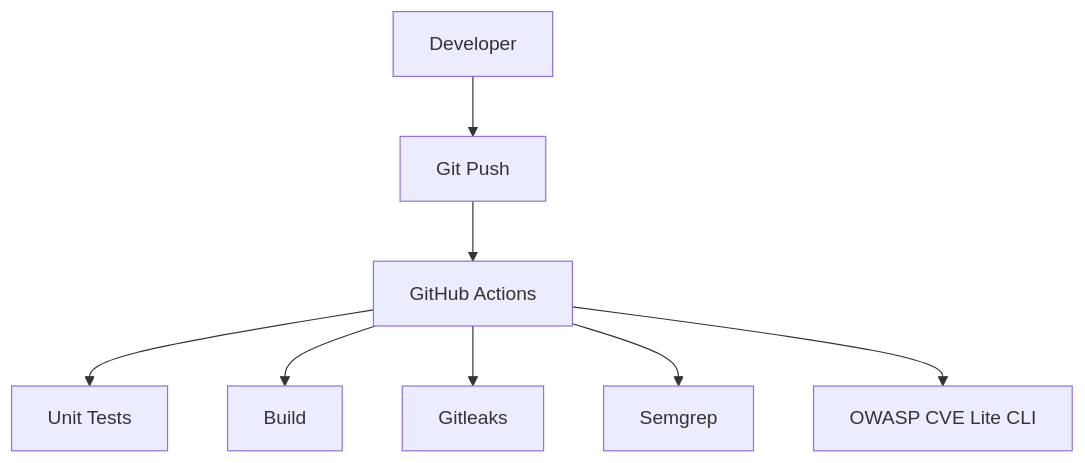
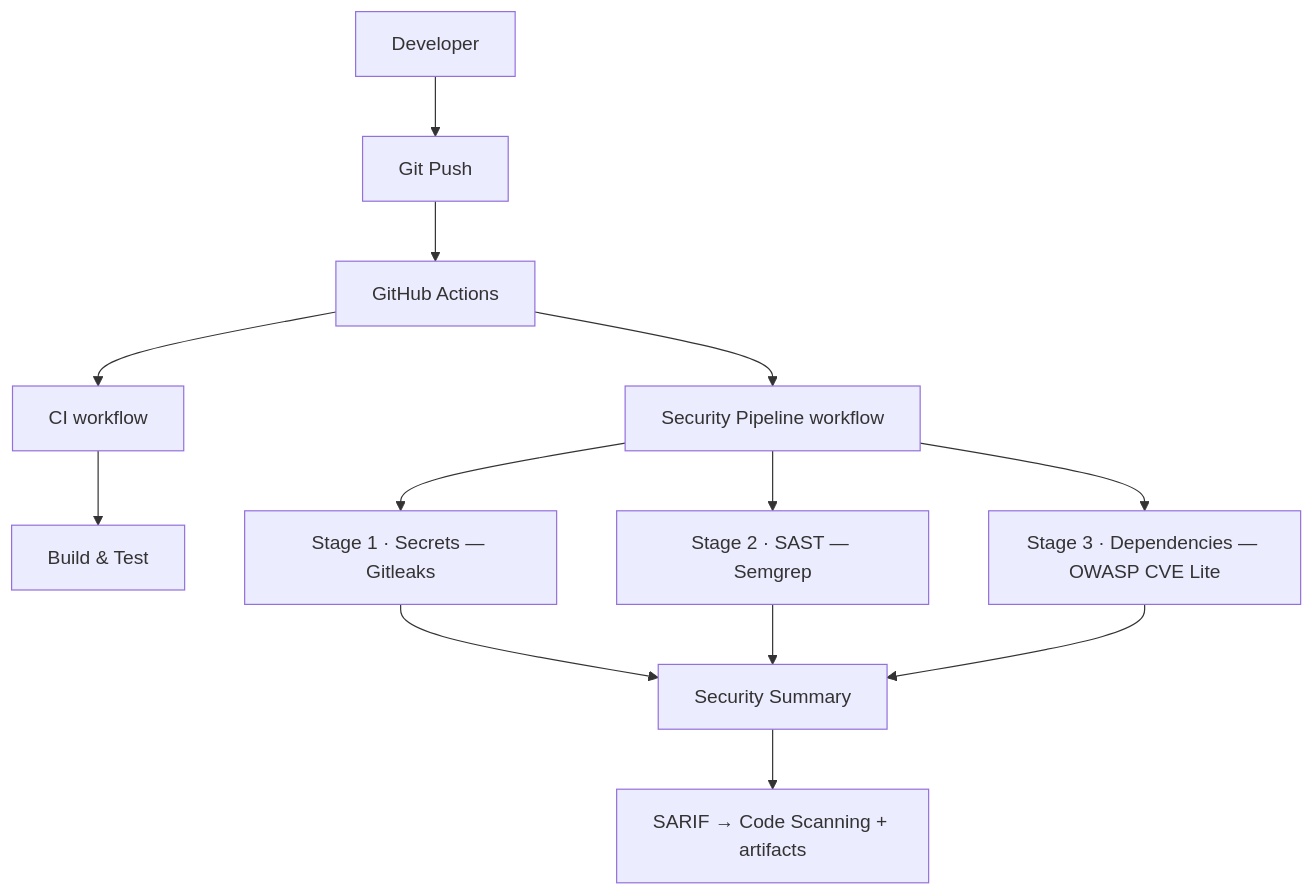
Before and after one commit to yogi822/portscope: the diagram in README.md, drawn with Mermaid. The commit also changed other lines of this file and 6 other files, not shown here.

Commit message:
Milestone 3: enterprise DevSecOps security pipeline

````diff
--- a/README.md
+++ b/README.md
@@ -221,10 +222,18 @@
 ```mermaid
 flowchart TD
     Dev[Developer] --> Push[Git Push]
     Push --> GHA[GitHub Actions]
-    GHA --> Tests[Unit Tests]
-    GHA --> Build[Build]
-    GHA --> Gitleaks[Gitleaks]
-    GHA --> Semgrep[Semgrep]
-    GHA --> CVE[OWASP CVE Lite CLI]
+
+    GHA --> CI[CI workflow]
+    GHA --> SEC[Security Pipeline workflow]
+
+    CI --> Tests[Build & Test]
+
+    SEC --> S1[Stage 1 · Secrets — Gitleaks]
+    SEC --> S2[Stage 2 · SAST — Semgrep]
+    SEC --> S3[Stage 3 · Dependencies — OWASP CVE Lite]
+    S1 --> SUM[Security Summary]
+    S2 --> SUM
+    S3 --> SUM
+    SUM --> Scan[SARIF → Code Scanning + artifacts]
 ```
````
